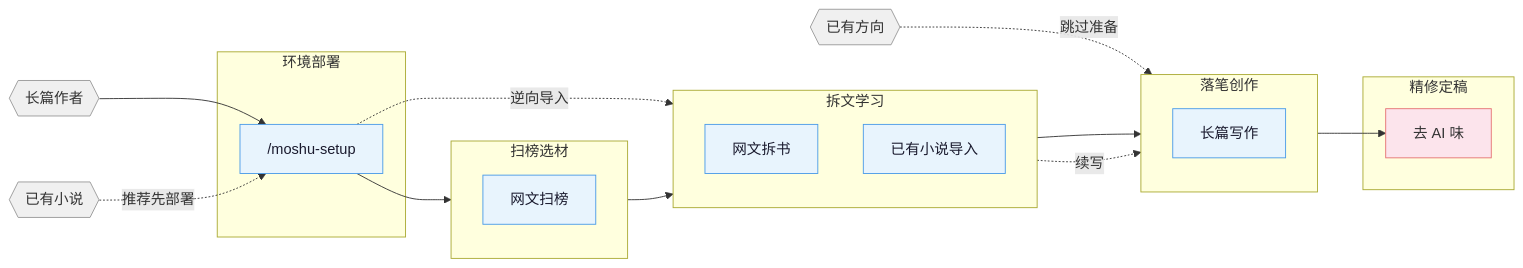
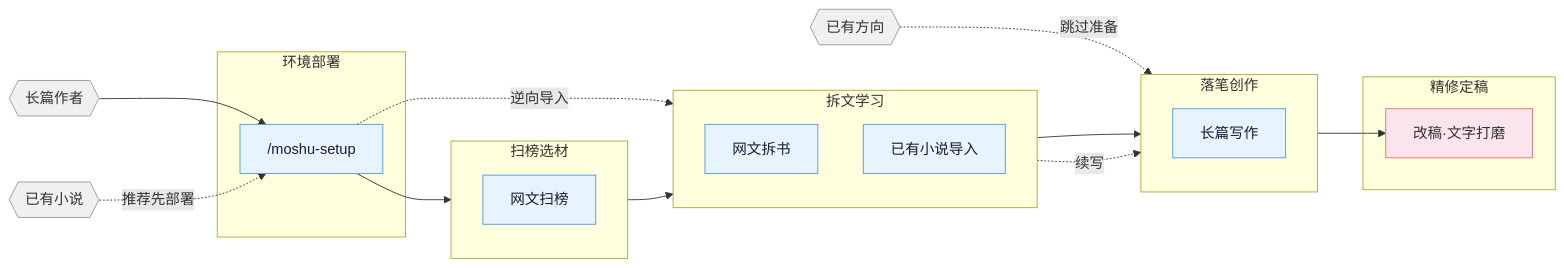
Before and after one commit to Chained1001/mo-shu: the diagram in README.md, drawn with Mermaid. The commit also changed other lines of this file and 52 other files, not shown here.

Commit message:
b95: 写作模式重构——单章+日更并统一逐章写作车道（K 参数/删 workflow-chapter）+A 段分级（批中轻量 A'+三个每章差异项）+三遍法批内时序+滚动补纲预告+改稿两路（文字打磨[deslop 收编方法论并入]/问题修复）+删 moshu-deslop 技能 12→11（shared-assets source 迁 write+marketplace/CLAUDE.tmpl/review 四出口涟漪）+chapter-core 四处去重归位+E 组章纲打磨补强

````diff
--- a/README.md
+++ b/README.md
@@ -23,44 +23,44 @@
 ```mermaid
 flowchart LR
     classDef entry fill:#f0f0f0,color:#333,stroke:#999,stroke-width:1px
     classDef phase fill:#e8f4fd,color:#1a1a2e,stroke:#4a9be8,stroke-width:1px
     classDef final fill:#fce4ec,color:#333,stroke:#e57373,stroke-width:1px
 
     entry_l{{"长篇作者"}}:::entry
     entry_r{{"已有方向"}}:::entry
     entry_i{{"已有小说"}}:::entry
 
     subgraph S0 ["  环境部署"]
         setup["/moshu-setup"]:::phase
     end
 
     subgraph S1 ["  扫榜选材"]
         direction TB
         scan_l["网文扫榜"]:::phase
     end
 
     subgraph S2 ["  拆文学习"]
         direction TB
         analyze_l["网文拆书"]:::phase
         import_l["已有小说导入"]:::phase
     end
 
     subgraph S3 ["  落笔创作"]
         direction TB
         write_l["长篇写作"]:::phase
     end
 
     subgraph S4 ["  精修定稿"]
-        deslop["去 AI 味"]:::final
+        write_r["改稿·文字打磨"]:::final
     end
 
     entry_l --> setup
     setup --> scan_l
     scan_l --> analyze_l
     analyze_l --> write_l
     entry_r -.->|跳过准备| write_l
     entry_i -.->|推荐先部署| setup
     setup -.->|逆向导入| import_l
     import_l -.->|续写| write_l
-    write_l --> deslop
+    write_l --> write_r
 ```
````
